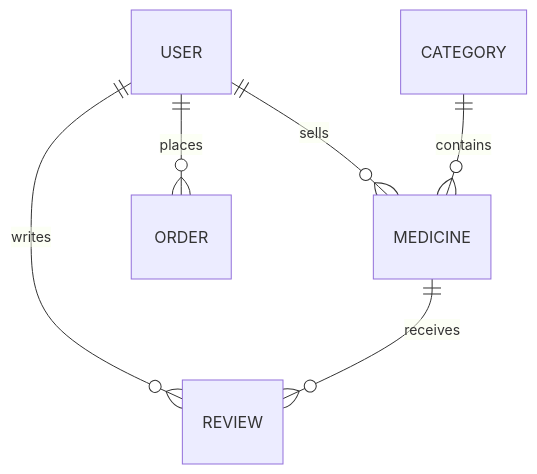
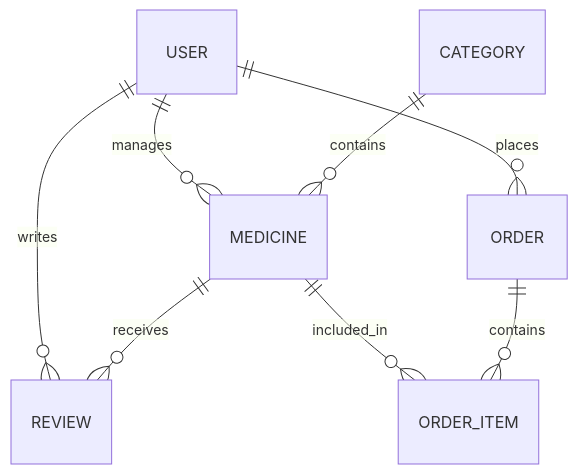
The diagram in README.md (HabiburRahmanZihad/Healio-web-Backend), drawn with Mermaid before and after one commit. The commit also changed other lines of this file, not shown here.

````diff
--- a/README.md
+++ b/README.md
@@ -53,8 +63,10 @@
 ```mermaid
 erDiagram
-    USER ||--o{ MEDICINE : sells
+    USER ||--o{ MEDICINE : manages
     USER ||--o{ ORDER : places
     USER ||--o{ REVIEW : writes
     CATEGORY ||--o{ MEDICINE : contains
     MEDICINE ||--o{ REVIEW : receives
+    MEDICINE ||--o{ ORDER_ITEM : included_in
+    ORDER ||--o{ ORDER_ITEM : contains
 ```
````
